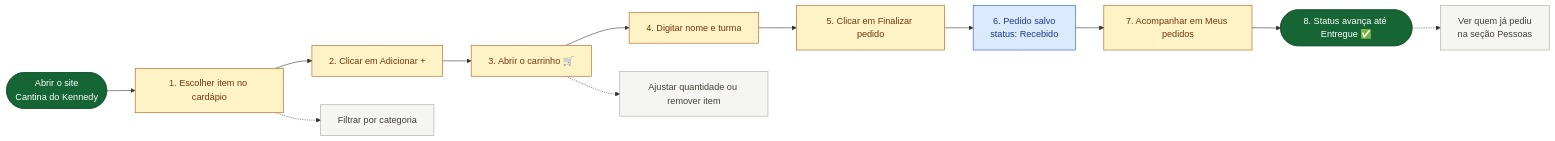
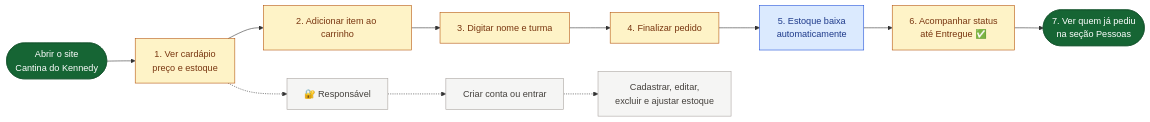
The diagram in fluxograma-simples.md (afonsomiguel700/cantina-kennedy), drawn with Mermaid before and after one commit. The commit also changed other lines of this file and 9 other files, not shown here.

````diff
--- a/fluxograma-simples.md
+++ b/fluxograma-simples.md
@@ -12,27 +12,26 @@
 ```mermaid
 flowchart LR
     A(["Abrir o site<br/>Cantina do Kennedy"])
-    B["1. Escolher item no cardápio"]
-    C["2. Clicar em Adicionar +"]
-    D["3. Abrir o carrinho 🛒"]
-    E["4. Digitar nome e turma"]
-    F["5. Clicar em Finalizar pedido"]
-    G["6. Pedido salvo<br/>status: Recebido"]
-    H["7. Acompanhar em Meus pedidos"]
-    I(["8. Status avança até Entregue ✅"])
+    B["1. Ver cardápio<br/>preço e estoque"]
+    C["2. Adicionar item ao carrinho"]
+    D["3. Digitar nome e turma"]
+    E["4. Finalizar pedido"]
+    F["5. Estoque baixa<br/>automaticamente"]
+    G["6. Acompanhar status<br/>até Entregue ✅"]
+    H(["7. Ver quem já pediu<br/>na seção Pessoas"])
 
-    A --> B --> C --> D --> E --> F --> G --> H --> I
+    A --> B --> C --> D --> E --> F --> G --> H
 
-    B -.-> J["Filtrar por categoria"]
-    D -.-> K["Ajustar quantidade ou remover item"]
-    I -.-> L["Ver quem já pediu<br/>na seção Pessoas"]
+    B -.-> I["🔐 Responsável"]
+    I -.-> J["Criar conta ou entrar"]
+    J -.-> K["Cadastrar, editar,<br/>excluir e ajustar estoque"]
 
     classDef inicio fill:#166534,stroke:#14532d,color:#ffffff;
     classDef acao fill:#fef3c7,stroke:#b45309,color:#78350f;
     classDef salvo fill:#dbeafe,stroke:#1d4ed8,color:#1e3a8a;
     classDef extra fill:#f5f5f4,stroke:#a8a29e,color:#44403c;
-    class A,I inicio;
-    class B,C,D,E,F,H acao;
-    class G salvo;
-    class J,K,L extra;
+    class A,H inicio;
+    class B,C,D,E,G acao;
+    class F salvo;
+    class I,J,K extra;
 ```
````
